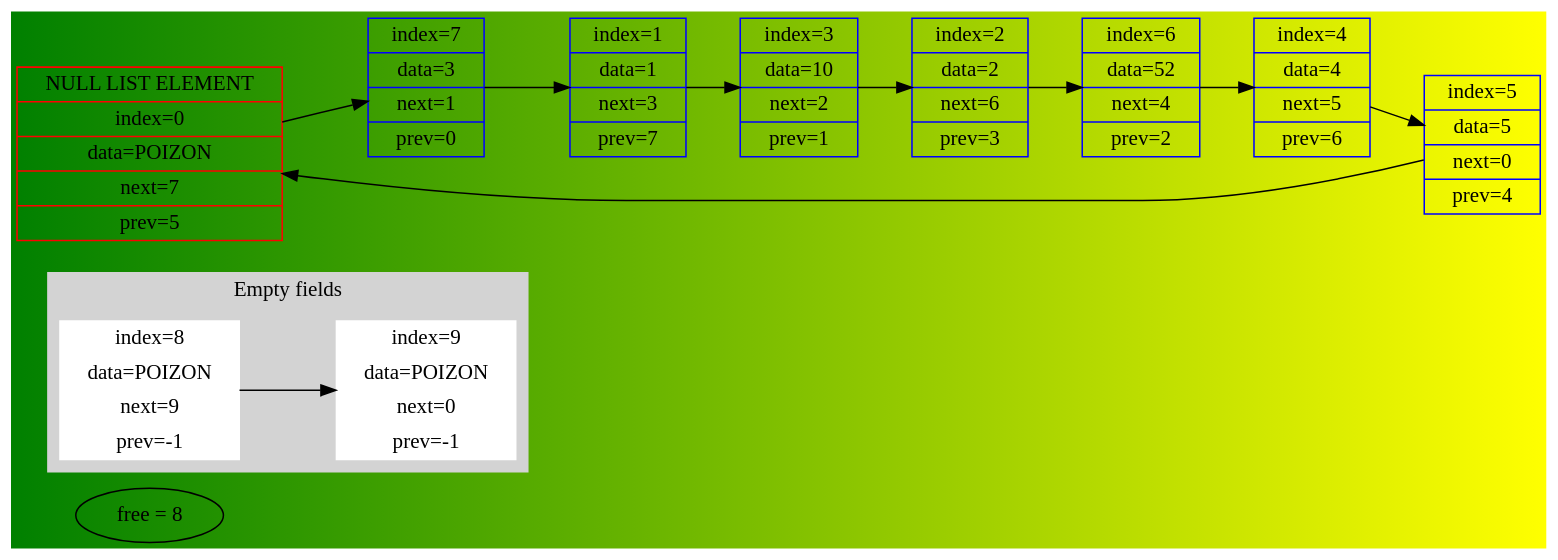
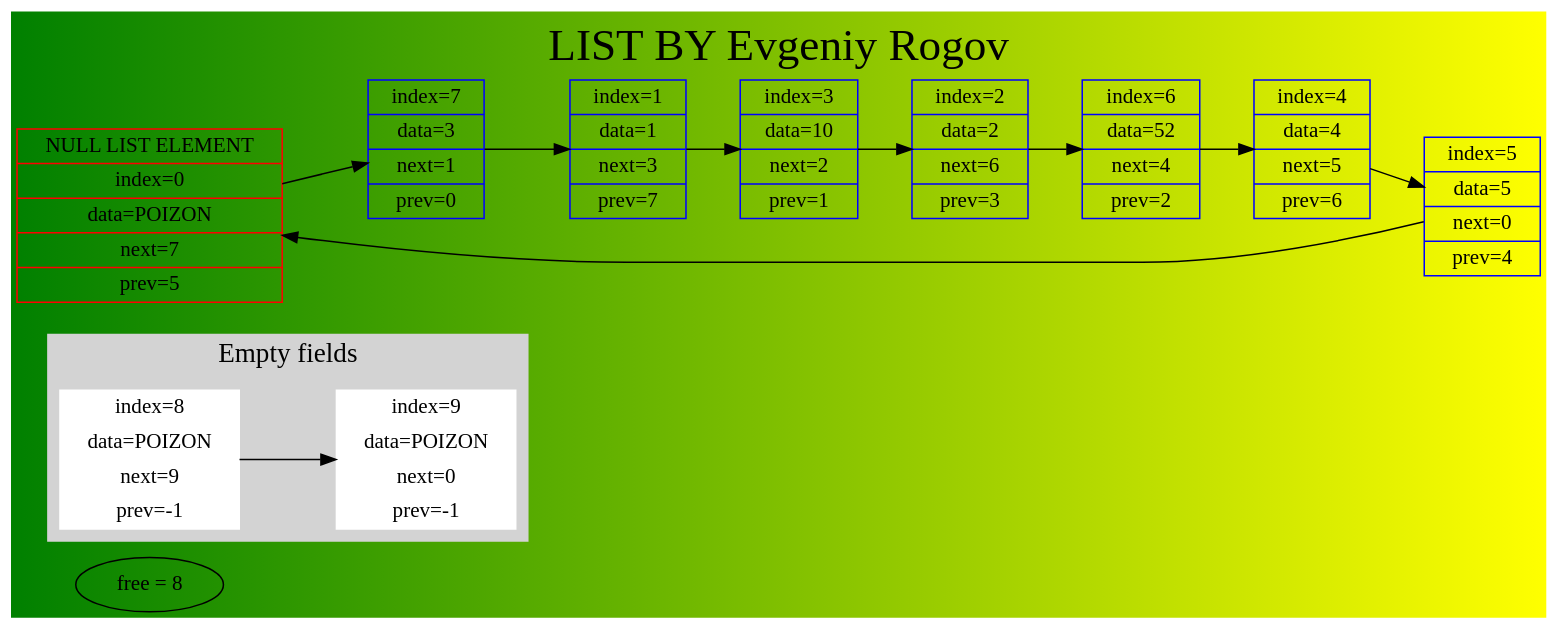
One commit to EvGeniy0505/List changed the diagram in output/list.dot. Above: the diagram before and after it, drawn with Graphviz. The commit also changed 2 other files, not shown here.

```diff
--- a/output/list.dot
+++ b/output/list.dot
@@ -1,30 +1,35 @@
 digraph LIST4 {
 	rankdir=LR;
 	bgcolor = "green:yellow";
 	"free = 8";
 	subgraph cluster0 {
 		node [style=filled,color=white];
 		style=filled;
 		color=lightgrey;
 		node8 [shape=record, color=white,label=" index=8 | data=POIZON | next=9 | prev=-1 " ];
 		node8 -> node9;
 		node9 [shape=record, color=white,label=" index=9 | data=POIZON | next=0 | prev=-1 " ];
+		fontsize=18;
 		label = "Empty fields";
 	}
 	node0 [shape=record, color=red,label=" NULL LIST ELEMENT | index=0 | data=POIZON | next=7 | prev=5 " ];
 	node0 -> node7;
 	node7 [shape=record, color=blue,label=" index=7 | data=3 | next=1 | prev=0 " ];
 	node7 -> node1;
 	node1 [shape=record, color=blue,label=" index=1 | data=1 | next=3 | prev=7 " ];
 	node1 -> node3;
 	node3 [shape=record, color=blue,label=" index=3 | data=10 | next=2 | prev=1 " ];
 	node3 -> node2;
 	node2 [shape=record, color=blue,label=" index=2 | data=2 | next=6 | prev=3 " ];
 	node2 -> node6;
 	node6 [shape=record, color=blue,label=" index=6 | data=52 | next=4 | prev=2 " ];
 	node6 -> node4;
 	node4 [shape=record, color=blue,label=" index=4 | data=4 | next=5 | prev=6 " ];
 	node4 -> node5;
 	node5 [shape=record, color=blue,label=" index=5 | data=5 | next=0 | prev=4 " ];
 	node5 -> node0;
+	label="LIST BY Evgeniy Rogov";
+	fontsize=30;
+	fontname="Times-Roman";
+	labelloc="t";
 }
```
